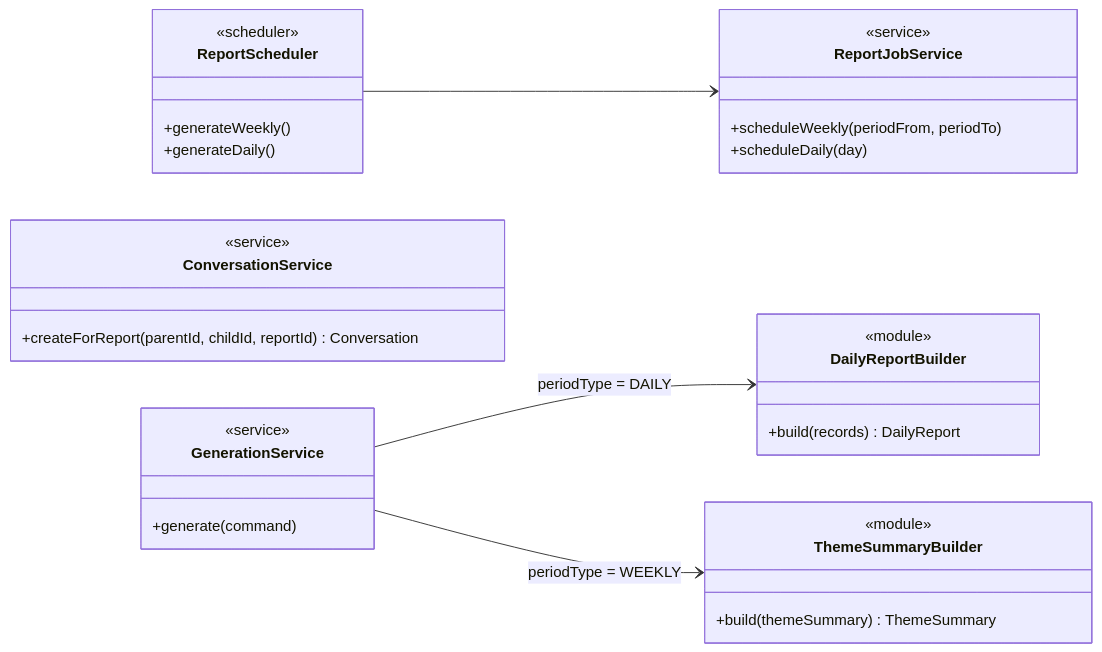
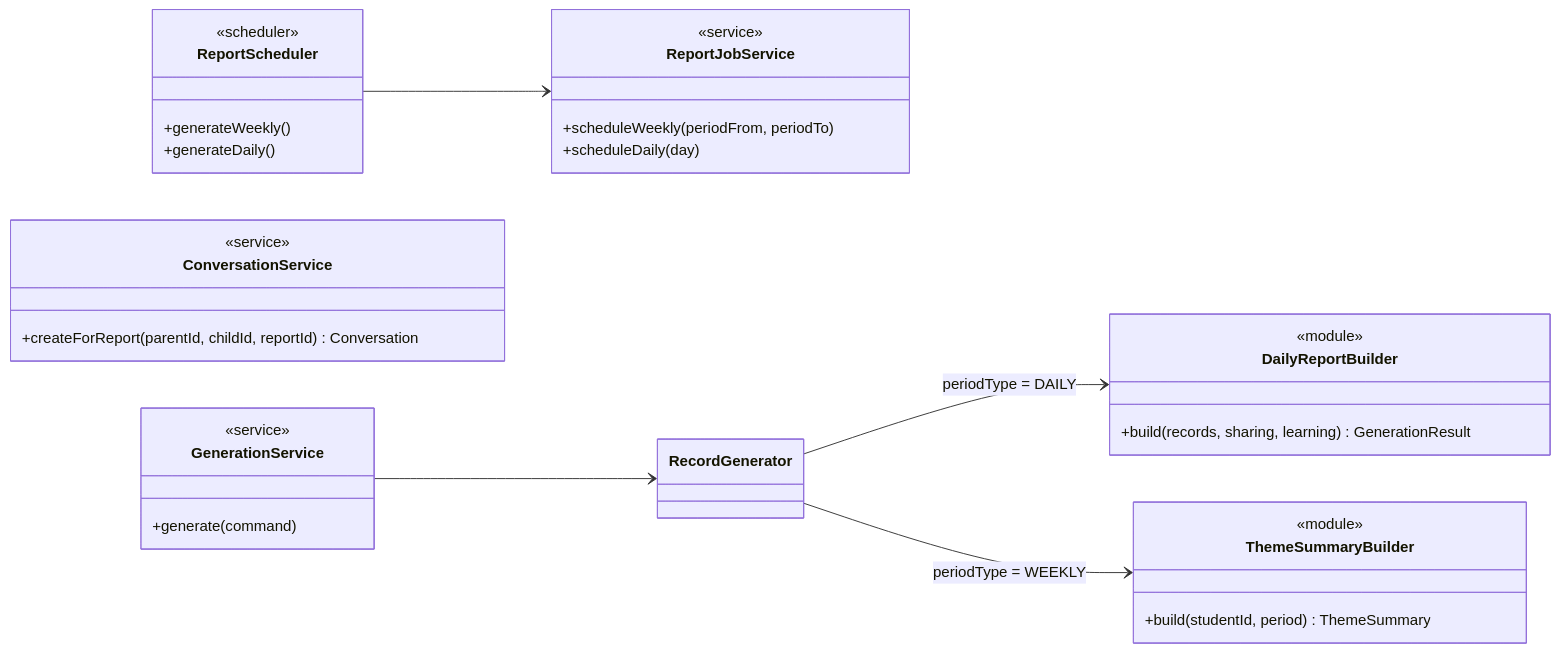
One commit to SKNETWORKS-FAMILY-AICAMP/SKN34-FINAL-3TEAM changed diagram 20 of 20 in docs/design/class-diagram.md. Above: the diagram before and after it, drawn with Mermaid. The commit also changed other lines of this file and 51 other files, not shown here.

````diff
--- a/docs/design/class-diagram.md
+++ b/docs/design/class-diagram.md
@@ -2318,34 +2318,35 @@
 ```mermaid
 classDiagram
   direction LR
   class ReportScheduler {
     <<scheduler>>
     +generateWeekly()
     +generateDaily()
   }
   class ReportJobService {
     <<service>>
     +scheduleWeekly(periodFrom, periodTo)
     +scheduleDaily(day)
   }
   class ConversationService {
     <<service>>
     +createForReport(parentId, childId, reportId) Conversation
   }
   class GenerationService {
     <<service>>
     +generate(command)
   }
   class DailyReportBuilder {
     <<module>>
-    +build(records) DailyReport
+    +build(records, sharing, learning) GenerationResult
   }
   class ThemeSummaryBuilder {
     <<module>>
-    +build(themeSummary) ThemeSummary
+    +build(studentId, period) ThemeSummary
   }
 
   ReportScheduler --> ReportJobService
-  GenerationService --> DailyReportBuilder : periodType = DAILY
-  GenerationService --> ThemeSummaryBuilder : periodType = WEEKLY
+  GenerationService --> RecordGenerator
+  RecordGenerator --> DailyReportBuilder : periodType = DAILY
+  RecordGenerator --> ThemeSummaryBuilder : periodType = WEEKLY
 ```
````
